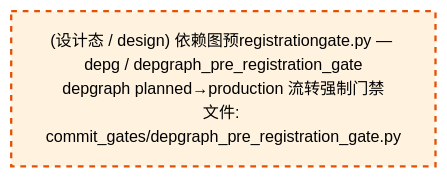
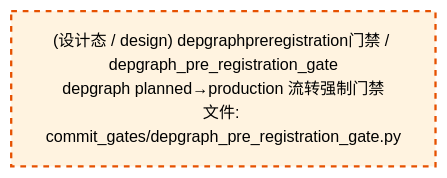
One commit to xuanFelixVan/ZephyrAlpha changed the third of 4 diagrams in docs/02_enterprise_architecture/02_domain_architecture_docs/53_d_gov_enforcement.md. Above: the diagram before and after it, drawn with Mermaid. The commit also changed other lines of this file and 50 other files, not shown here.

````diff
--- a/docs/02_enterprise_architecture/02_domain_architecture_docs/53_d_gov_enforcement.md
+++ b/docs/02_enterprise_architecture/02_domain_architecture_docs/53_d_gov_enforcement.md
@@ -342,10 +342,10 @@
 ```mermaid
 %%{init: {'theme': 'base', 'themeVariables': {'primaryColor': '#eaeaea', 'primaryTextColor': '#333333', 'primaryBorderColor': '#666666', 'lineColor': '#666666', 'secondaryColor': '#eaeaea', 'tertiaryColor': '#eaeaea', 'fontSize': '14px'}}}%%
 flowchart TD
-    src_zephyr_gov_enforcement_commit_gates_depgraph_pre_registration_gate_py["(设计态 / design) 依赖图预registrationgate.py — depg / depgraph_pre_registration_gate<br/>depgraph planned→production 流转强制门禁<br/>文件: commit_gates/depgraph_pre_registration_gate.py"]
+    src_zephyr_gov_enforcement_commit_gates_depgraph_pre_registration_gate_py["(设计态 / design) depgraphpreregistration门禁 / depgraph_pre_registration_gate<br/>depgraph planned→production 流转强制门禁<br/>文件: commit_gates/depgraph_pre_registration_gate.py"]
     classDef production fill:#e1f5fe,stroke:#01579b,stroke-width:2px,color:#000
     classDef design fill:#fff3e0,stroke:#e65100,stroke-width:2px,color:#000,stroke-dasharray: 5 5
     classDef external_prod fill:#e8f4fd,stroke:#0277bd,stroke-width:1px,color:#000
     classDef external_design fill:#fff8e7,stroke:#ef6c00,stroke-width:1px,color:#000,stroke-dasharray: 5 5
     class src_zephyr_gov_enforcement_commit_gates_depgraph_pre_registration_gate_py design
 ```
````
